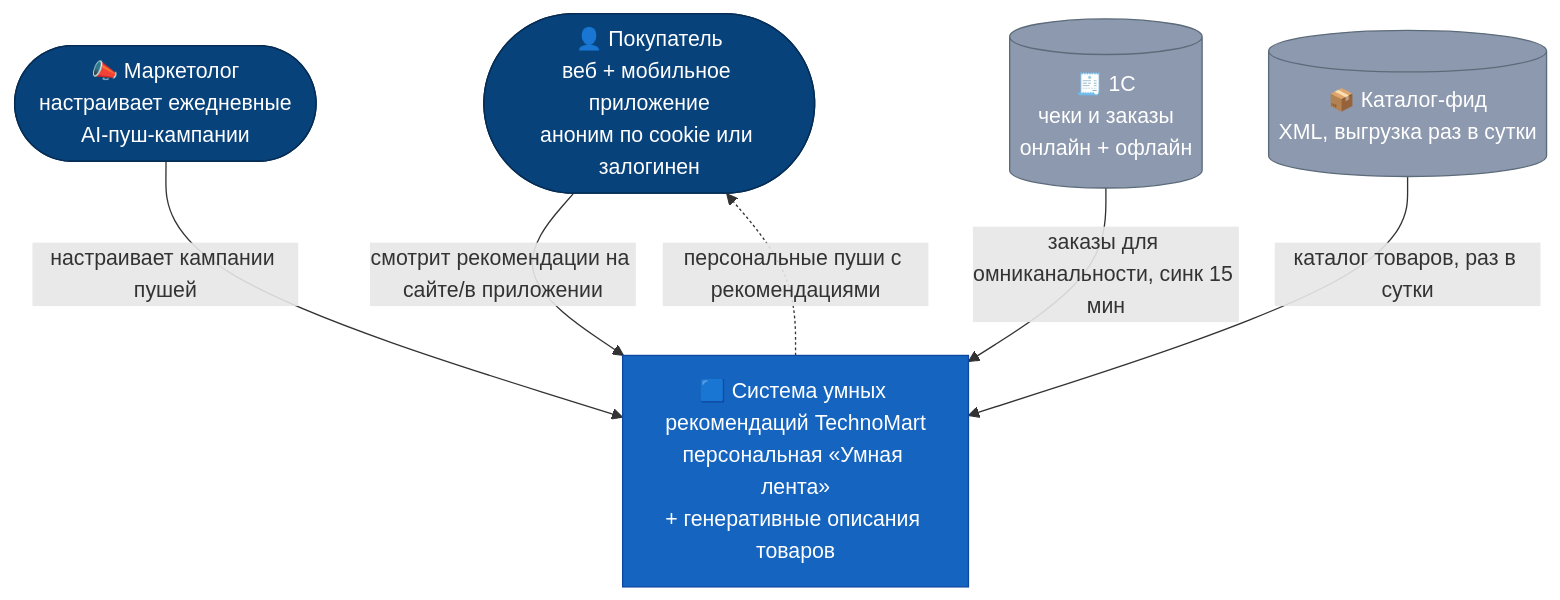
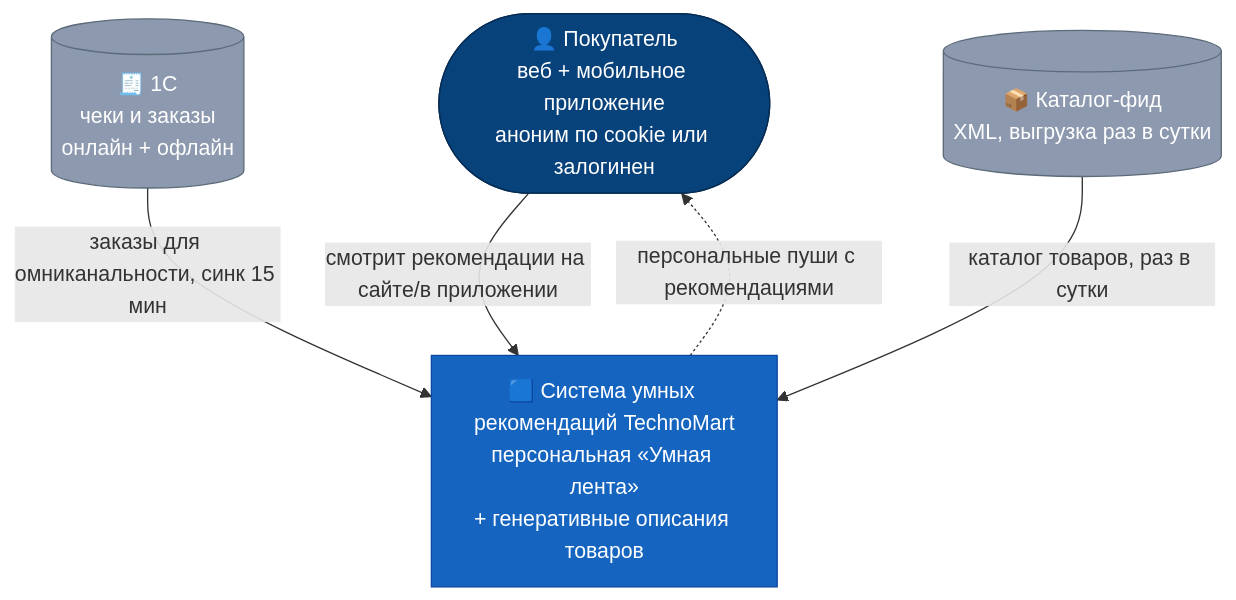
Before and after one commit to divisee/otus-ai-architect: the diagram in hw-2/diagrams/c1-context.mmd, drawn with Mermaid. The commit also changed 6 other files, not shown here.

```diff
--- a/hw-2/diagrams/c1-context.mmd
+++ b/hw-2/diagrams/c1-context.mmd
@@ -1,28 +1,26 @@
 %% C4 Level 1 — System Context. Система умных рекомендаций TechnoMart
 %% На C1 показываем ТОЛЬКО тех, кто взаимодействует с системой, и внешние системы.
 %% Стейкхолдеры (CEO, CTO, команда) — это драйверы/ограничения, см. README, на C1 их не выносим.
 %% Вставьте код в https://mermaid.live
 
 flowchart TB
     customer([👤 Покупатель<br/>веб + мобильное приложение<br/>аноним по cookie или залогинен])
-    marketer([📣 Маркетолог<br/>настраивает ежедневные<br/>AI-пуш-кампании])
 
     SYS["🟦 Система умных рекомендаций TechnoMart<br/>персональная «Умная лента»<br/>+ генеративные описания товаров"]
 
     onec[("🧾 1С<br/>чеки и заказы<br/>онлайн + офлайн")]
     xml[("📦 Каталог-фид<br/>XML, выгрузка раз в сутки")]
 
     customer -->|"смотрит рекомендации на сайте/в приложении"| SYS
     SYS -.->|"персональные пуши с рекомендациями"| customer
-    marketer -->|"настраивает кампании пушей"| SYS
 
     onec -->|"заказы для омниканальности, синк 15 мин"| SYS
     xml -->|"каталог товаров, раз в сутки"| SYS
 
     classDef person fill:#08427b,stroke:#052c54,color:#ffffff;
     classDef sys fill:#1565c0,stroke:#0d47a1,color:#ffffff;
     classDef ext fill:#8d99ae,stroke:#5c6b7a,color:#ffffff;
 
-    class customer,marketer person;
+    class customer person;
     class SYS sys;
     class onec,xml ext;
```
